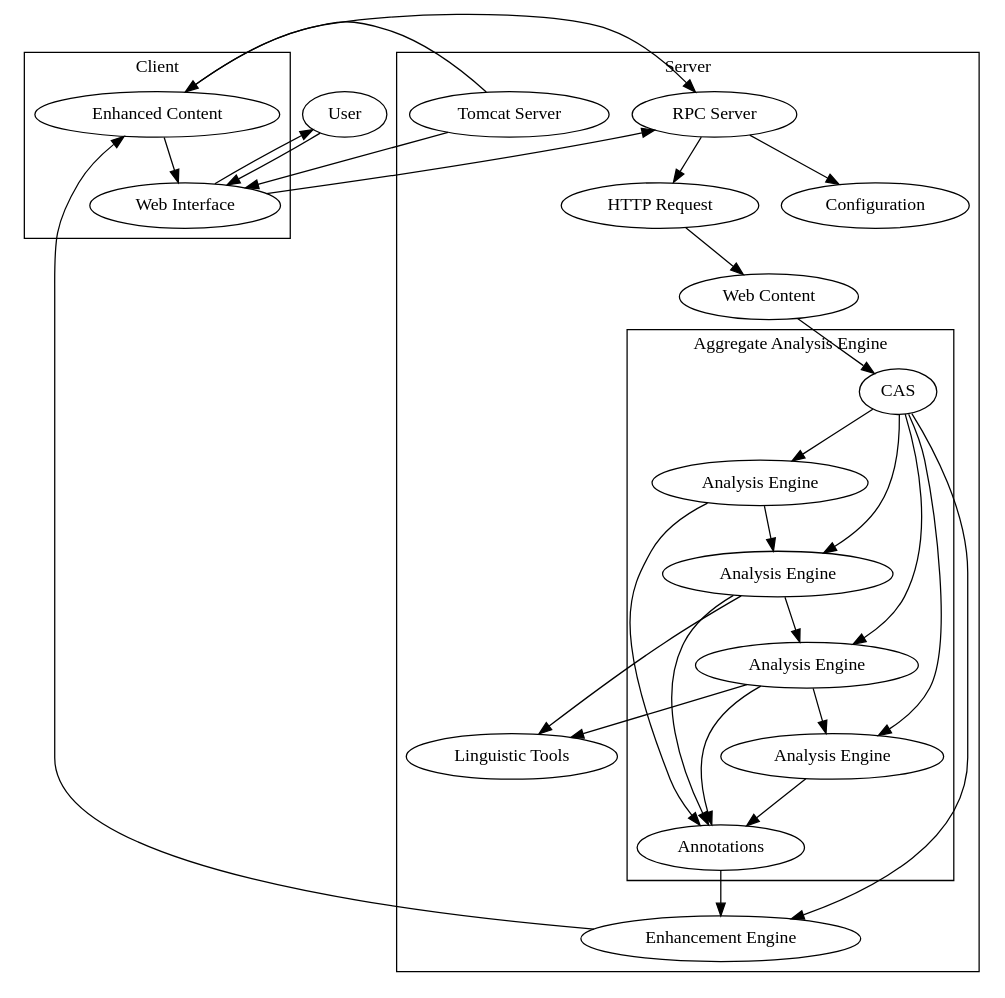
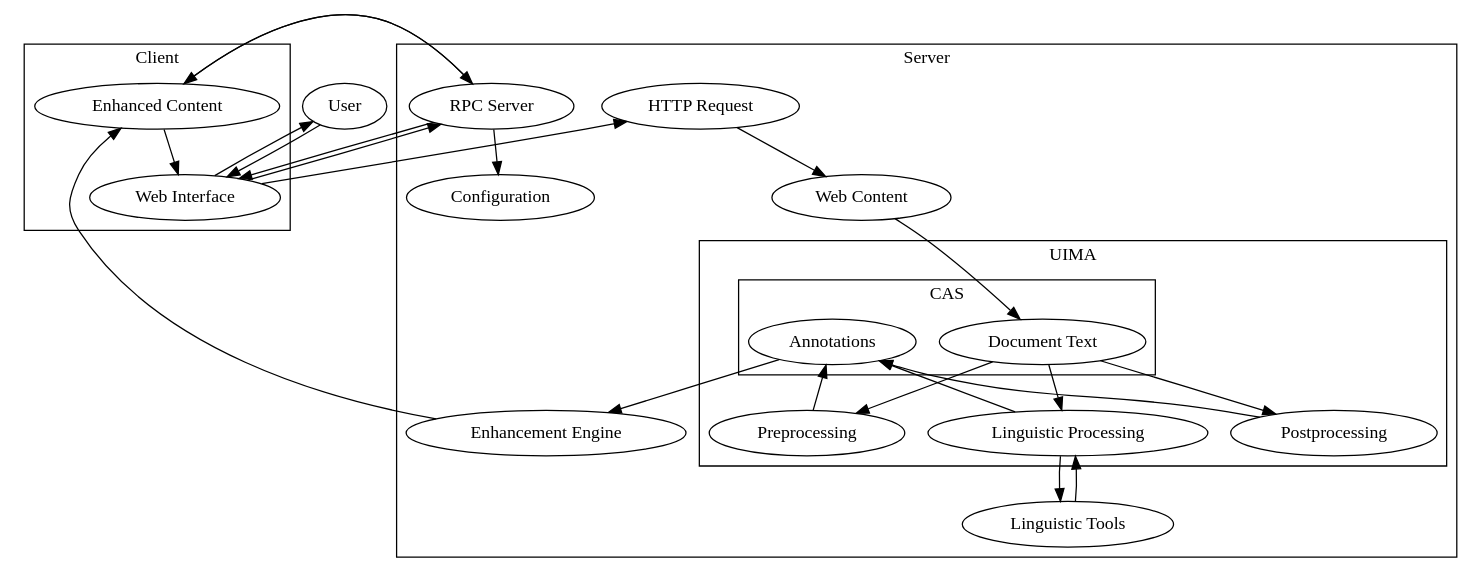
One commit to adimit/werti changed the diagram in docs/paper/architecture.dot. Above: the diagram before and after it, drawn with Graphviz. The commit also changed 6 other files, not shown here.

```diff
--- a/docs/paper/architecture.dot
+++ b/docs/paper/architecture.dot
@@ -1,38 +1,43 @@
 digraph werti {
 	subgraph cluster_Interface {
 		label = "Client";
 		"Web Interface";
 		"Enhanced Content";
 	}
 	subgraph cluster_Server {
 		label = "Server";
-		"Tomcat Server" -> "Web Interface";
-		"Tomcat Server" -> "Enhanced Content";
+		 "Web Interface" -> "RPC Server";
+		"RPC Server" -> "Web Interface";
+		 "Enhanced Content" ->"RPC Server";
+		"RPC Server" -> "Enhanced Content";
 		"Linguistic Tools";
-		"RPC Server" -> "HTTP Request";
+		"Web Interface" -> "HTTP Request";
 			"Configuration";
+			"Linguistic Tools";
 		subgraph cluster_Uima {
-			label = "Aggregate Analysis Engine";
-			"Analysis Engine" -> "Annotations";
-			"Analysis Engine " -> "Annotations";
-			" Analysis Engine" -> "Annotations";
-			" Analysis Engine " -> "Annotations";
-			 "CAS" -> "Analysis Engine";
-			 "CAS" -> " Analysis Engine";
-			 "CAS" -> " Analysis Engine ";
-			 "CAS" -> "Analysis Engine ";
-			"Analysis Engine" -> " Analysis Engine " -> "Analysis Engine " -> " Analysis Engine" 
+			label = "UIMA";
+			//Analysis Engine" -> " Analysis Engine " -> "Analysis Engine " -> " Analysis Engine" 
+			subgraph cluster_CAS {
+				label = CAS
+				"Document Text";
+				"Annotations";
+			}
+				"Document Text" -> "Preprocessing";
+				"Document Text" -> "Linguistic Processing";
+				"Document Text" -> "Postprocessing";
+				"Preprocessing" -> "Annotations" ;
+				"Linguistic Processing" -> "Annotations" ;
+				"Postprocessing" -> "Annotations" ;
 		}
+		"Linguistic Processing" -> "Linguistic Tools";
+		"Linguistic Tools"->"Linguistic Processing" ;
 		"RPC Server" -> "Configuration";
-			"Analysis Engine " -> "Linguistic Tools";
-			" Analysis Engine " -> "Linguistic Tools";
 		"Annotations" -> "Enhancement Engine" -> "Enhanced Content"; 
-		"CAS" -> "Enhancement Engine";
-		"HTTP Request" -> "Web Content" -> "CAS";
+		"HTTP Request" -> "Web Content" -> "Document Text";
 	}
 	User ->"Web Interface";
 	"Web Interface" -> "User";
-	"Enhanced Content" -> "RPC Server";
+	//"Enhanced Content" -> "RPC Server";
 	"Enhanced Content" -> "Web Interface";
-	"Web Interface" -> "RPC Server";
+	//"Web Interface" -> "RPC Server";
 }
```
